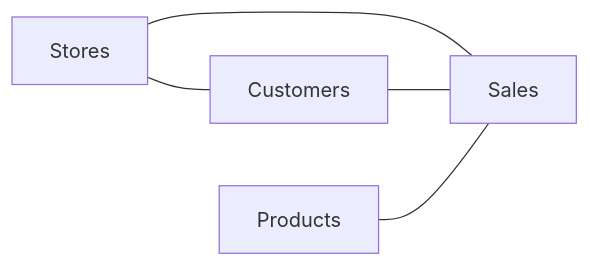
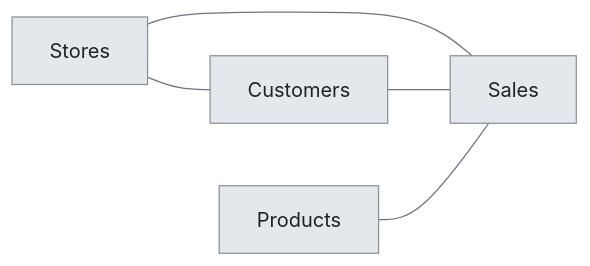
Before and after one commit to sirpadk/bi-joe-data-profiler: the diagram in examples/shoe_company/index.md, drawn with Mermaid. The commit also changed other lines of this file and 112 other files, not shown here.

````diff
--- a/examples/shoe_company/index.md
+++ b/examples/shoe_company/index.md
@@ -29,11 +32,12 @@
 ```mermaid
+%%{init: {"theme": "base", "themeVariables": {"primaryColor": "#e4e7eb", "primaryTextColor": "#1f2328", "primaryBorderColor": "#8b929a", "lineColor": "#6b7280", "secondaryColor": "#ffffff", "tertiaryColor": "#f4f5f7", "background": "#f4f5f7", "mainBkg": "#e4e7eb", "nodeBorder": "#8b929a"}}}%%
 flowchart LR
     t_Customers["Customers"]
     t_Products["Products"]
     t_Stores["Stores"]
     t_Sales["Sales"]
     t_Stores --- t_Customers
     t_Stores --- t_Sales
     t_Customers --- t_Sales
     t_Products --- t_Sales
 ```
````
